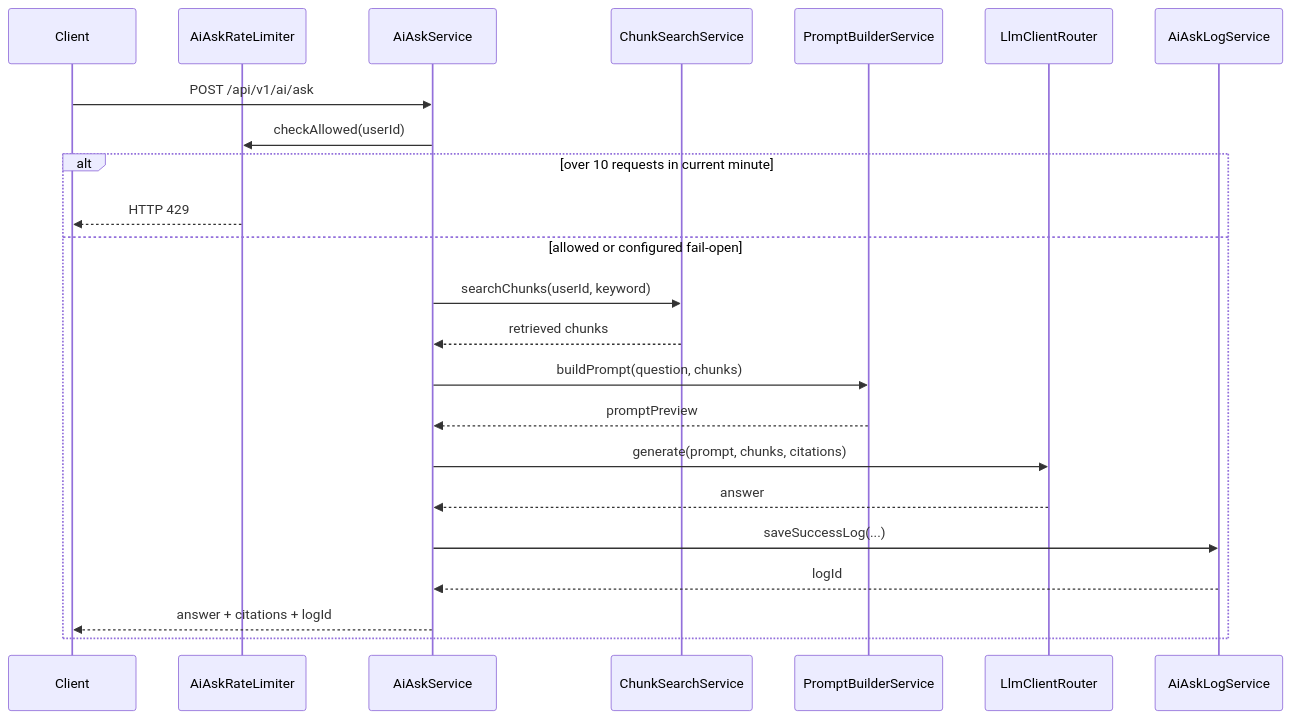
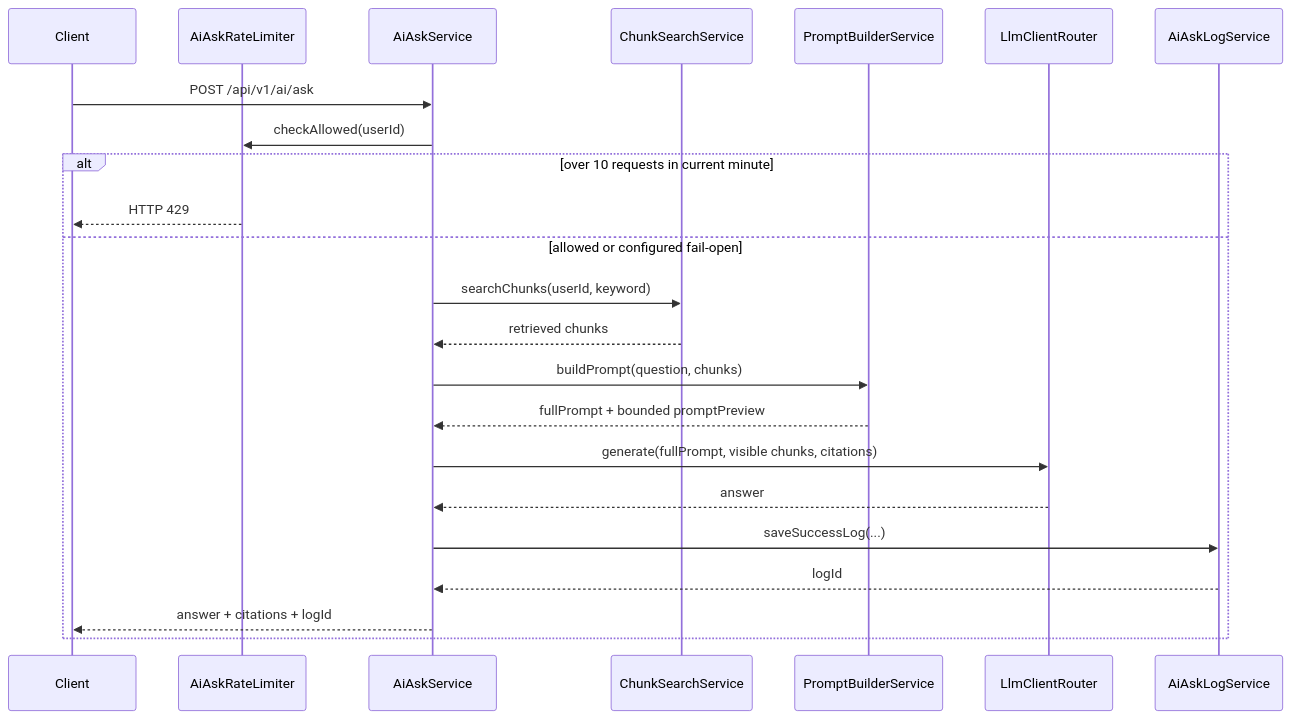
One commit to wwjorker/devmind changed the third of 3 diagrams in backend/docs/architecture.md. Above: the diagram before and after it, drawn with Mermaid. The commit also changed other lines of this file and 12 other files, not shown here.

Commit message:
fix(ai): separate full prompt, preview and visible citations

````diff
--- a/backend/docs/architecture.md
+++ b/backend/docs/architecture.md
@@ -106,26 +107,26 @@
 ```mermaid
 sequenceDiagram
     participant Client
     participant Limit as AiAskRateLimiter
     participant AI as AiAskService
     participant Search as ChunkSearchService
     participant Prompt as PromptBuilderService
     participant LLM as LlmClientRouter
     participant Log as AiAskLogService
 
     Client->>AI: POST /api/v1/ai/ask
     AI->>Limit: checkAllowed(userId)
     alt over 10 requests in current minute
         Limit-->>Client: HTTP 429
     else allowed or configured fail-open
     AI->>Search: searchChunks(userId, keyword)
     Search-->>AI: retrieved chunks
     AI->>Prompt: buildPrompt(question, chunks)
-    Prompt-->>AI: promptPreview
-    AI->>LLM: generate(prompt, chunks, citations)
+    Prompt-->>AI: fullPrompt + bounded promptPreview
+    AI->>LLM: generate(fullPrompt, visible chunks, citations)
     LLM-->>AI: answer
     AI->>Log: saveSuccessLog(...)
     Log-->>AI: logId
     AI-->>Client: answer + citations + logId
     end
 ```
````
